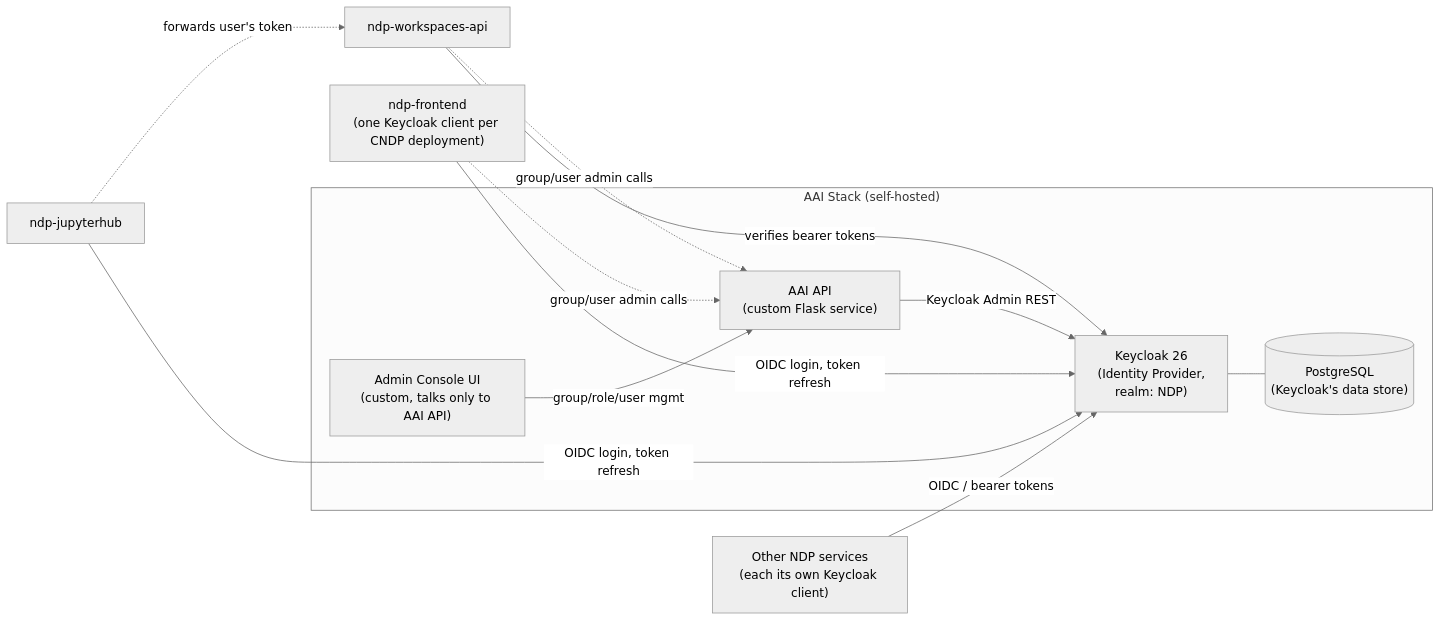
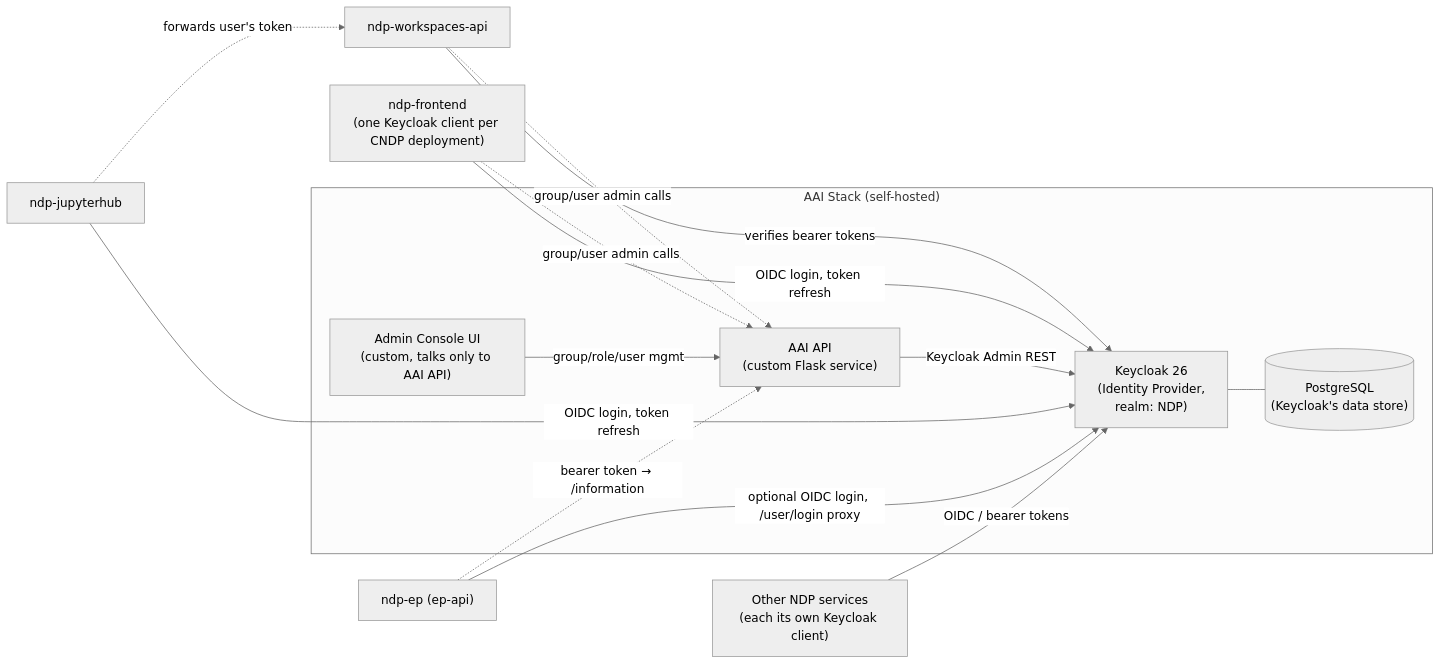
Before and after one commit to sci-ndp/keycloak-auth: the diagram in README.md, drawn with Mermaid (neutral theme). The commit also changed other lines of this file, not shown here.

Commit message:
ndp-ep service integration details

````diff
--- a/README.md
+++ b/README.md
@@ -13,24 +13,27 @@
 ```mermaid
 flowchart LR
     subgraph AAI["AAI Stack (self-hosted)"]
         KC["Keycloak 26\n(Identity Provider,\nrealm: NDP)"]
         PG[("PostgreSQL\n(Keycloak's data store)")]
         API["AAI API\n(custom Flask service)"]
         UI["Admin Console UI\n(custom, talks only to AAI API)"]
         KC --- PG
         API -->|Keycloak Admin REST| KC
         UI -->|group/role/user mgmt| API
     end
     FE["ndp-frontend\n(one Keycloak client per CNDP deployment)"]
     WA["ndp-workspaces-api"]
     JH["ndp-jupyterhub"]
+    EP["ndp-ep (ep-api)"]
     Other["Other NDP services\n(each its own Keycloak client)"]
 
     FE -->|OIDC login, token refresh| KC
     WA -->|verifies bearer tokens| KC
     JH -->|OIDC login, token refresh| KC
+    EP -->|"optional OIDC login, /user/login proxy"| KC
+    EP -.->|"bearer token → /information"| API
     Other -->|OIDC / bearer tokens| KC
     FE -.->|group/user admin calls| API
     WA -.->|group/user admin calls| API
     JH -.->|forwards user's token| WA
 ```
````
